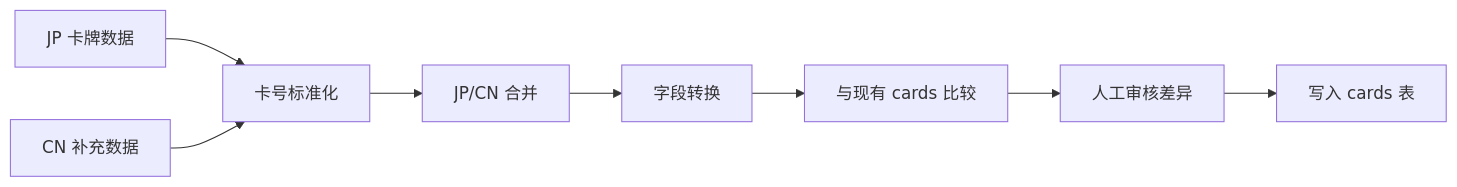
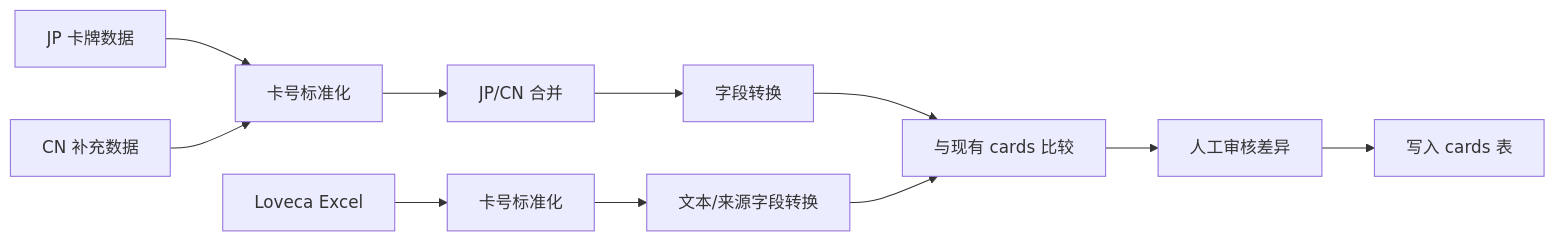
Before and after one commit to catmeow123456/loveca-dev: the diagram in docs/card-data-sync/design.md, drawn with Mermaid. The commit also changed other lines of this file and 47 other files, not shown here.

````diff
--- a/docs/card-data-sync/design.md
+++ b/docs/card-data-sync/design.md
@@ -14,10 +28,13 @@
 ```mermaid
 flowchart LR
     JP[JP 卡牌数据] --> Normalize[卡号标准化]
     CN[CN 补充数据] --> Normalize
+    XL[Loveca Excel] --> ExcelNormalize[卡号标准化]
     Normalize --> Merge[JP/CN 合并]
     Merge --> Transform[字段转换]
+    ExcelNormalize --> ExcelTransform[文本/来源字段转换]
     Transform --> Diff[与现有 cards 比较]
+    ExcelTransform --> Diff
     Diff --> Review[人工审核差异]
     Review --> Persist[写入 cards 表]
 ```
````
